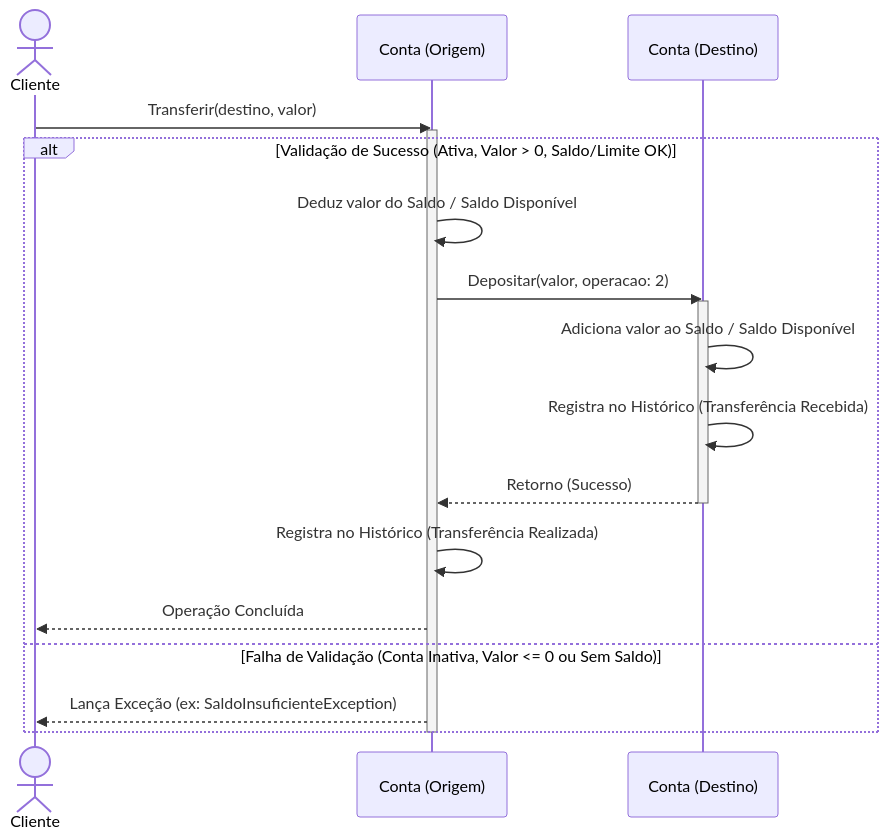
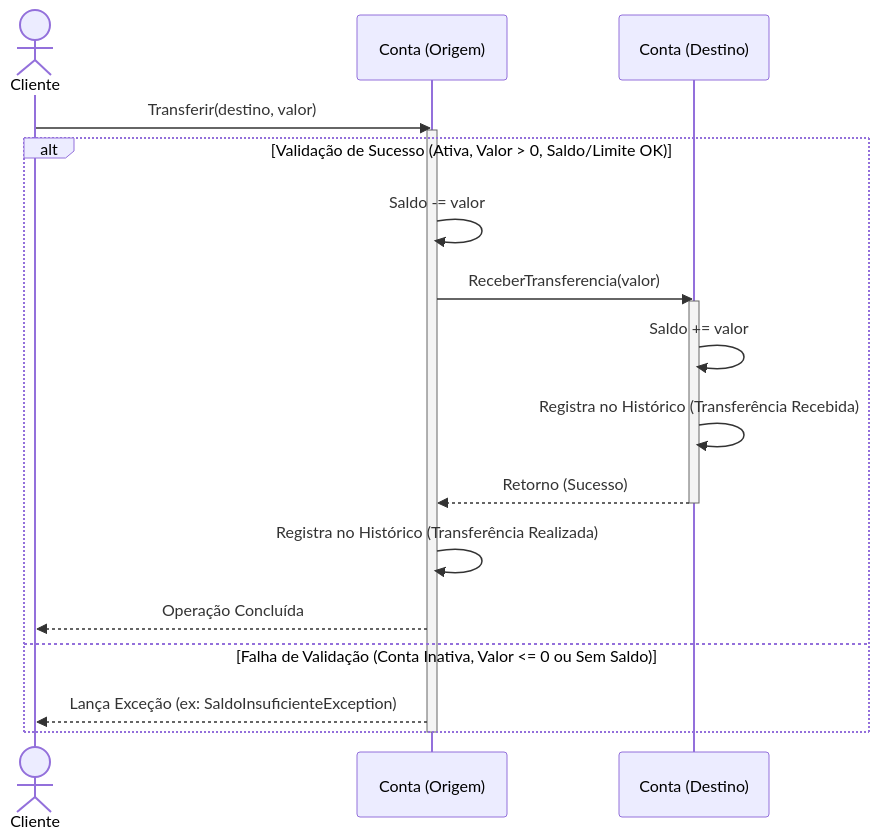
Before and after one commit to kenzofrias/ProjetoBanco: the second of 4 diagrams in README.md, drawn with Mermaid. The commit also changed other lines of this file, not shown here.

````diff
--- a/README.md
+++ b/README.md
@@ -134,25 +128,25 @@
 ```mermaid
 sequenceDiagram
     actor Cliente
     participant Origem as Conta (Origem)
     participant Destino as Conta (Destino)
     
     Cliente->>Origem: Transferir(destino, valor)
     activate Origem
     
     alt Validação de Sucesso (Ativa, Valor > 0, Saldo/Limite OK)
-        Origem->>Origem: Deduz valor do Saldo / Saldo Disponível
-        Origem->>Destino: Depositar(valor, operacao: 2)
+        Origem->>Origem: Saldo -= valor
+        Origem->>Destino: ReceberTransferencia(valor)
         activate Destino
-        Destino->>Destino: Adiciona valor ao Saldo / Saldo Disponível
+        Destino->>Destino: Saldo += valor
         Destino->>Destino: Registra no Histórico (Transferência Recebida)
         Destino-->>Origem: Retorno (Sucesso)
         deactivate Destino
         Origem->>Origem: Registra no Histórico (Transferência Realizada)
         Origem-->>Cliente: Operação Concluída
     else Falha de Validação (Conta Inativa, Valor <= 0 ou Sem Saldo)
         Origem-->>Cliente: Lança Exceção (ex: SaldoInsuficienteException)
     end
     
     deactivate Origem
 ```
````
